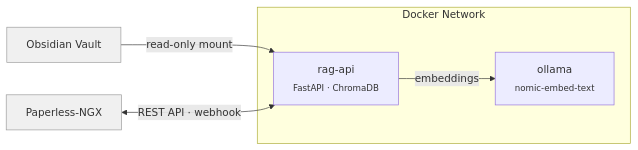
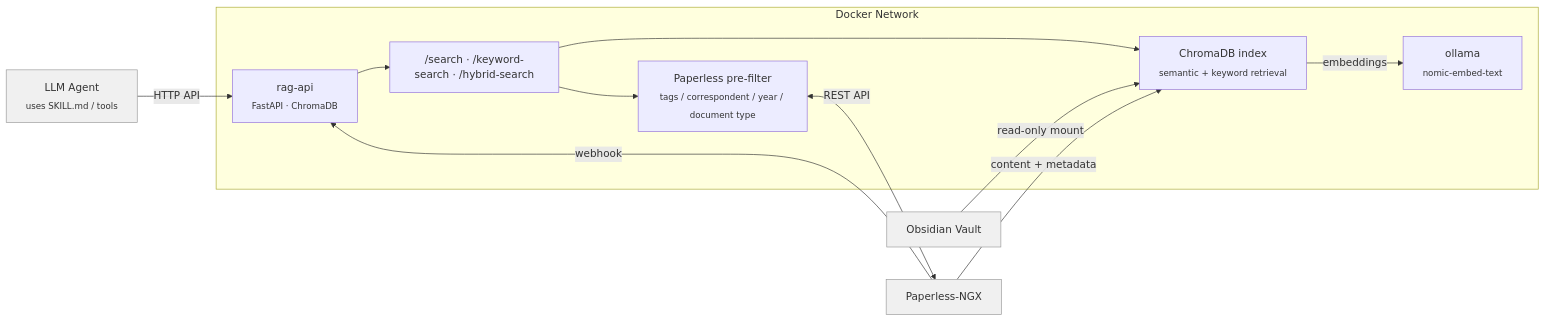
The diagram in README.md (duongel/rag-api), drawn with Mermaid before and after one commit. The commit also changed other lines of this file and 3 other files, not shown here.

````diff
--- a/README.md
+++ b/README.md
@@ -97,16 +97,27 @@
 ```mermaid
 graph LR
+    AGENT["LLM Agent<br><sub>uses SKILL.md / tools</sub>"]:::ext
+
     subgraph Docker Network
-        RAG["rag-api<br><sub>FastAPI · ChromaDB</sub>"]
+        API["rag-api<br><sub>FastAPI · ChromaDB</sub>"]
+        SEARCH["/search · /keyword-search · /hybrid-search"]
+        FILTER["Paperless pre-filter<br><sub>tags / correspondent / year / document type</sub>"]
+        CHROMA["ChromaDB index<br><sub>semantic + keyword retrieval</sub>"]
         OLL["ollama<br><sub>nomic-embed-text</sub>"]
     end
 
     VAULT["Obsidian Vault"]:::ext
     PAPER["Paperless-NGX"]:::ext
 
-    RAG -->|embeddings| OLL
-    VAULT -->|read-only mount| RAG
-    PAPER <-->|REST API · webhook| RAG
+    AGENT -->|HTTP API| API
+    API --> SEARCH
+    SEARCH --> FILTER
+    FILTER <-->|REST API| PAPER
+    SEARCH --> CHROMA
+    CHROMA -->|embeddings| OLL
+    VAULT -->|read-only mount| CHROMA
+    PAPER -->|content + metadata| CHROMA
+    PAPER -->|webhook| API
 
     classDef ext fill:#f0f0f0,stroke:#999,stroke-width:1px,color:#333
 ```
````
